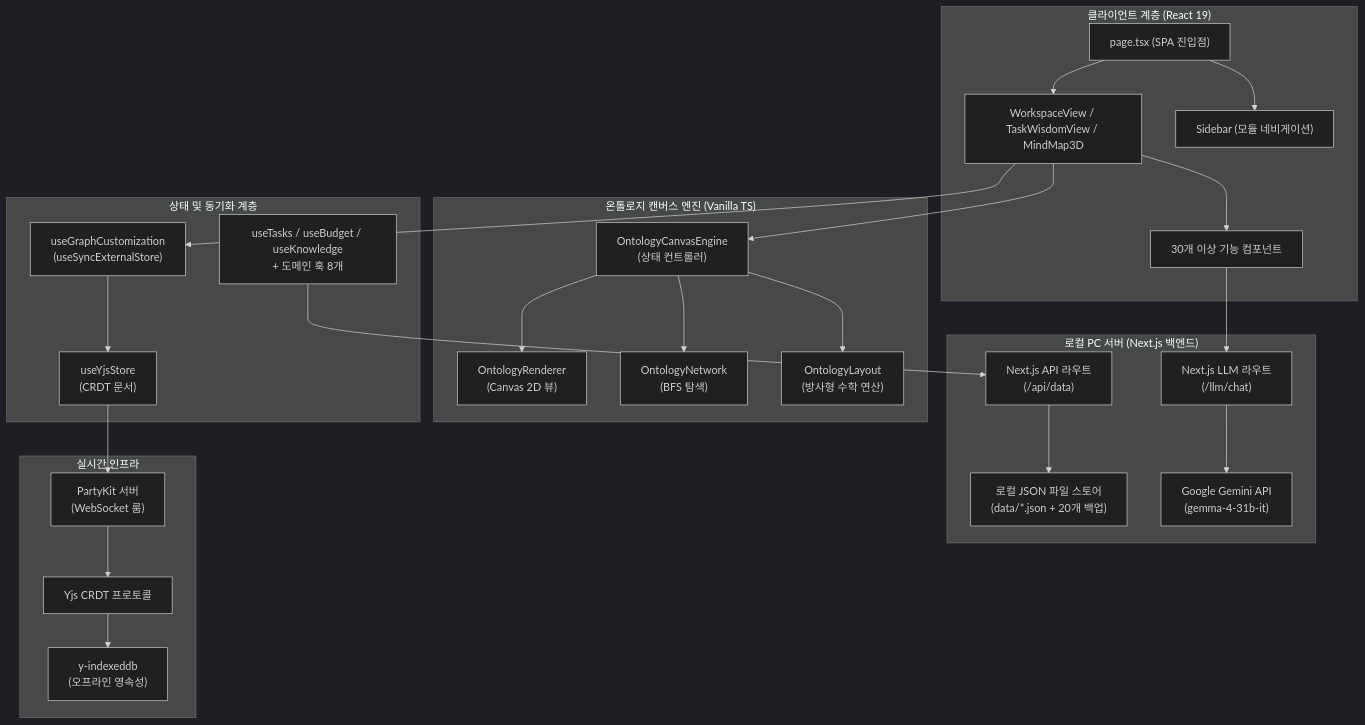
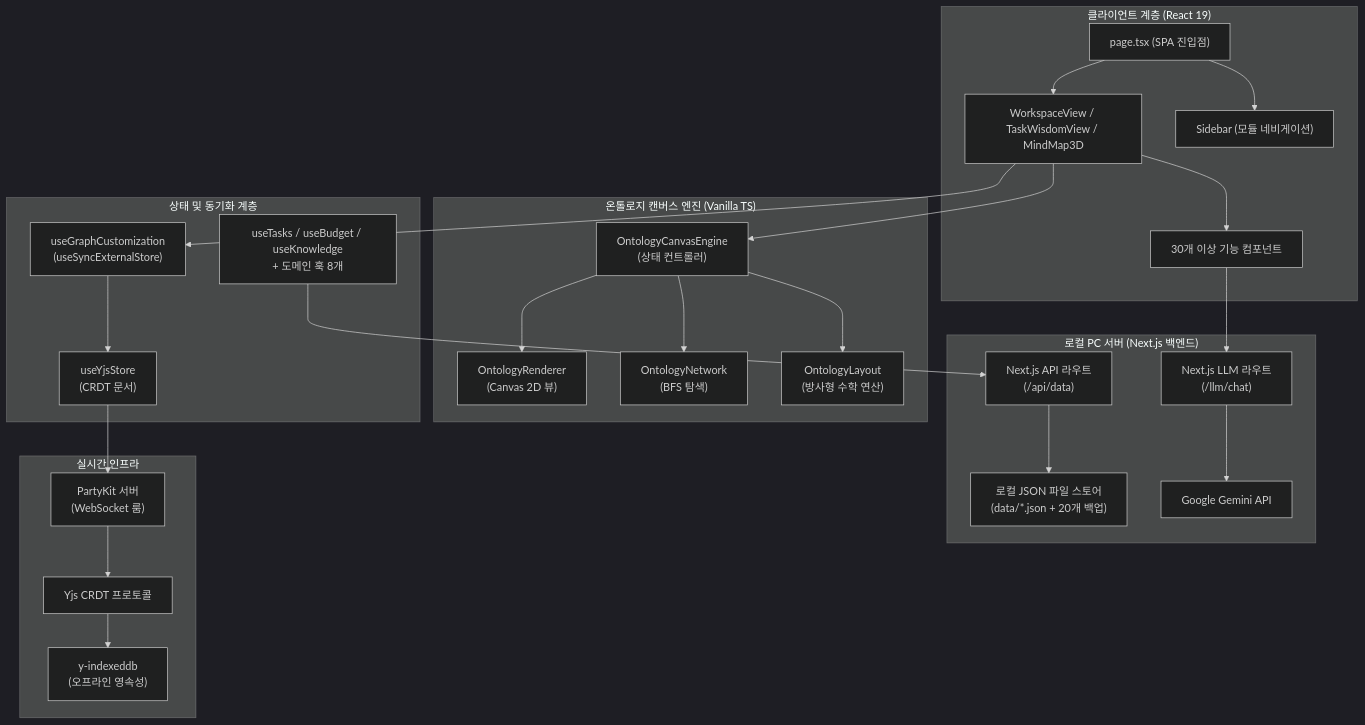
One commit to Portfolio-Architects/PORTFOLIO-HCHPS changed the first of 3 diagrams in PORTFOLIO VITAL - Engineering Report.md. Above: the diagram before and after it, drawn with Mermaid (dark theme). The commit also changed other lines of this file and 20 other files, not shown here.

````diff
--- a/PORTFOLIO VITAL - Engineering Report.md
+++ b/PORTFOLIO VITAL - Engineering Report.md
@@ -57,52 +57,52 @@
 ```mermaid
 graph TB
     subgraph Client["클라이언트 계층 (React 19)"]
         Page["page.tsx (SPA 진입점)"]
         Sidebar["Sidebar (모듈 네비게이션)"]
         Views["WorkspaceView / TaskWisdomView / MindMap3D"]
         Components["30개 이상 기능 컴포넌트"]
     end
 
     subgraph Engine["온톨로지 캔버스 엔진 (Vanilla TS)"]
         Controller["OntologyCanvasEngine\n(상태 컨트롤러)"]
         Layout["OntologyLayout\n(방사형 수학 연산)"]
         Network["OntologyNetwork\n(BFS 탐색)"]
         Renderer["OntologyRenderer\n(Canvas 2D 뷰)"]
     end
 
     subgraph Hooks["상태 및 동기화 계층"]
         YjsStore["useYjsStore\n(CRDT 문서)"]
         GraphCustom["useGraphCustomization\n(useSyncExternalStore)"]
         DomainHooks["useTasks / useBudget / useKnowledge\n+ 도메인 훅 8개"]
     end
 
     subgraph Realtime["실시간 인프라"]
         PartyKit["PartyKit 서버\n(WebSocket 룸)"]
         Yjs["Yjs CRDT 프로토콜"]
         IndexedDB["y-indexeddb\n(오프라인 영속성)"]
     end
 
     subgraph Server["로컬 PC 서버 (Next.js 백엔드)"]
         API["Next.js API 라우트\n(/api/data)"]
         LocalJSON["로컬 JSON 파일 스토어\n(data/*.json + 20개 백업)"]
         LLMChat["Next.js LLM 라우트\n(/llm/chat)"]
-        GeminiAI["Google Gemini API\n(gemma-4-31b-it)"]
+        GeminiAI["Google Gemini API"]
     end
 
     Page --> Sidebar
     Page --> Views
     Views --> Components
     Views --> Controller
     Controller --> Layout
     Controller --> Network
     Controller --> Renderer
     Views --> GraphCustom
     GraphCustom --> YjsStore
     YjsStore --> PartyKit
     PartyKit --> Yjs
     Yjs --> IndexedDB
     DomainHooks --> API
     API --> LocalJSON
     Components --> LLMChat
     LLMChat --> GeminiAI
 ```
````
